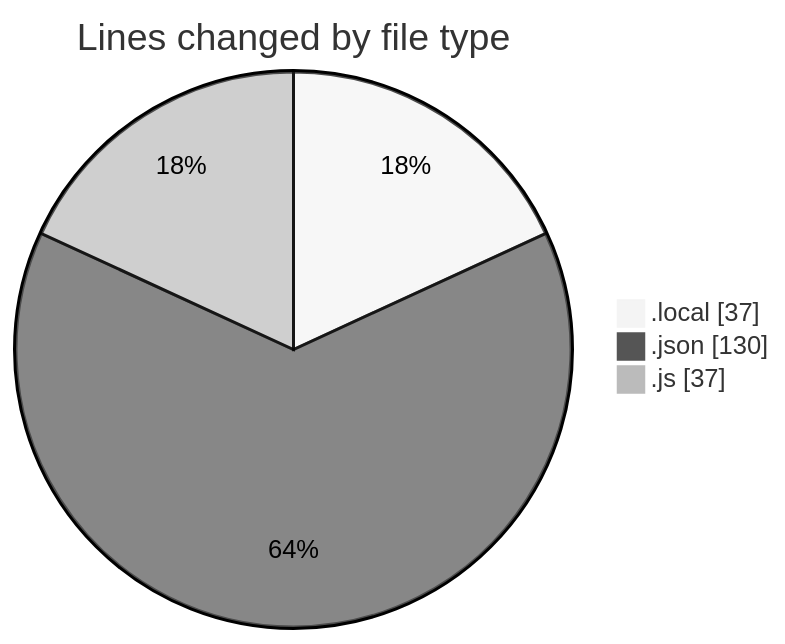
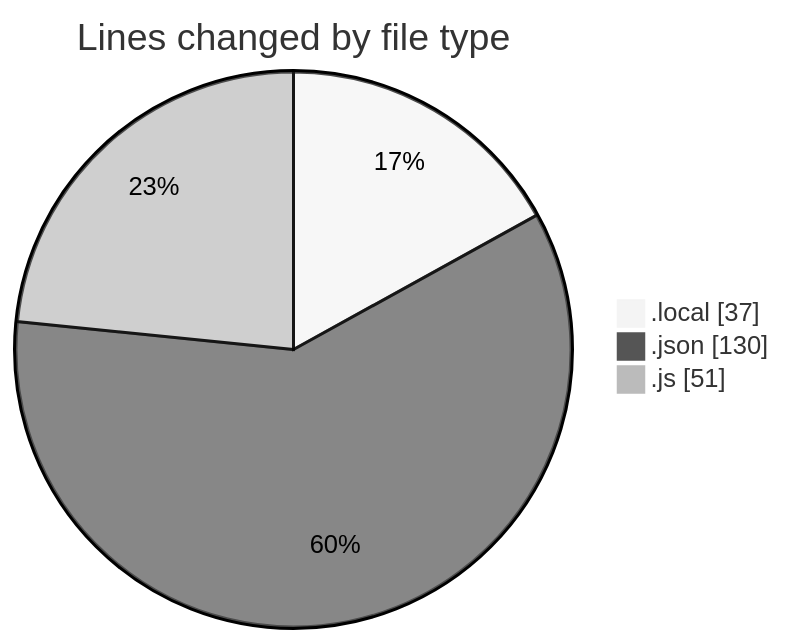
Before and after one commit to becaeroporto-bot/code-tracking: the first of 2 diagrams in 2026-02-17/id_ia/README.md, drawn with Mermaid (neutral theme). The commit also changed other lines of this file and 1 other file, not shown here.

````diff
--- a/2026-02-17/id_ia/README.md
+++ b/2026-02-17/id_ia/README.md
@@ -22,7 +22,7 @@
 ```mermaid
 pie showData
 title Lines changed by file type
 ".local" : 37
 ".json" : 130
-".js" : 37
+".js" : 51
 ```
````
